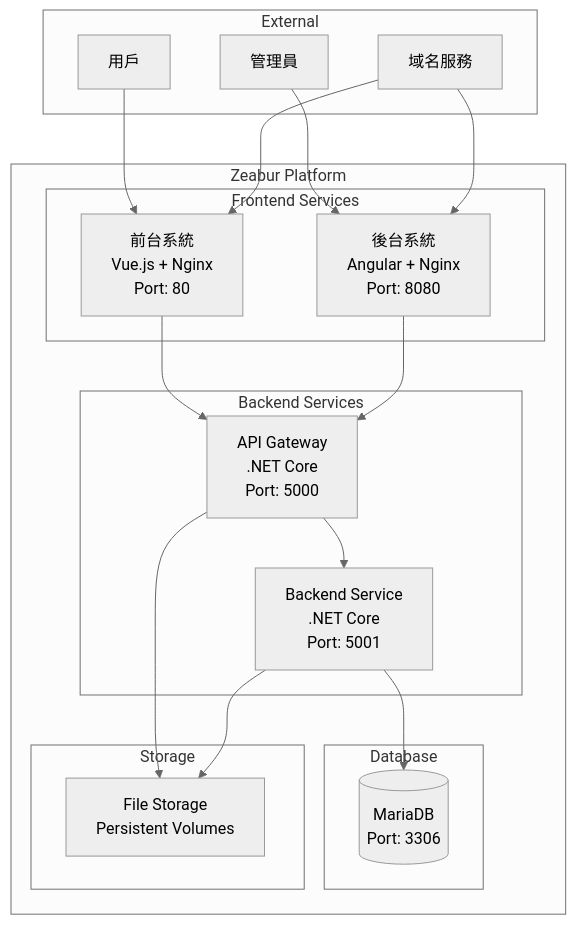
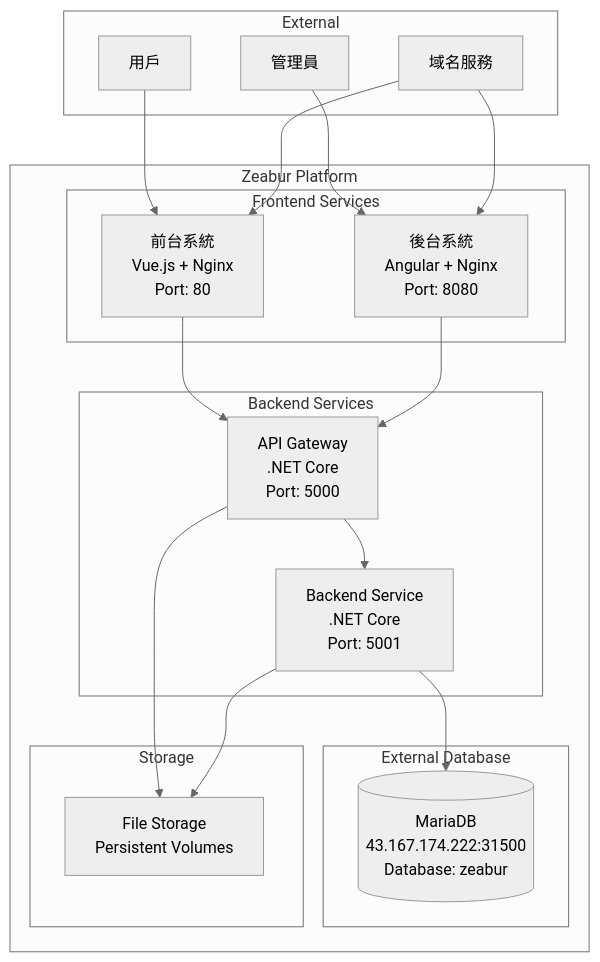
Before and after one commit to CY-Li/SF1: the diagram in .kiro/specs/zeabur-deployment/design.md, drawn with Mermaid (neutral theme). The commit also changed other lines of this file and 124 other files, not shown here.

````diff
--- a/.kiro/specs/zeabur-deployment/design.md
+++ b/.kiro/specs/zeabur-deployment/design.md
@@ -11,39 +11,39 @@
 ```mermaid
 graph TB
     subgraph "Zeabur Platform"
         subgraph "Frontend Services"
             FE[前台系統<br/>Vue.js + Nginx<br/>Port: 80]
             BE[後台系統<br/>Angular + Nginx<br/>Port: 8080]
         end
         
         subgraph "Backend Services"
             API[API Gateway<br/>.NET Core<br/>Port: 5000]
             SVC[Backend Service<br/>.NET Core<br/>Port: 5001]
         end
         
-        subgraph "Database"
-            DB[(MariaDB<br/>Port: 3306)]
+        subgraph "External Database"
+            DB[(MariaDB<br/>43.167.174.222:31500<br/>Database: zeabur)]
         end
         
         subgraph "Storage"
             FILES[File Storage<br/>Persistent Volumes]
         end
     end
     
     subgraph "External"
         USER[用戶]
         ADMIN[管理員]
         DNS[域名服務]
     end
     
     USER --> FE
     ADMIN --> BE
     FE --> API
     BE --> API
     API --> SVC
     SVC --> DB
     API --> FILES
     SVC --> FILES
     DNS --> FE
     DNS --> BE
 ```
````
